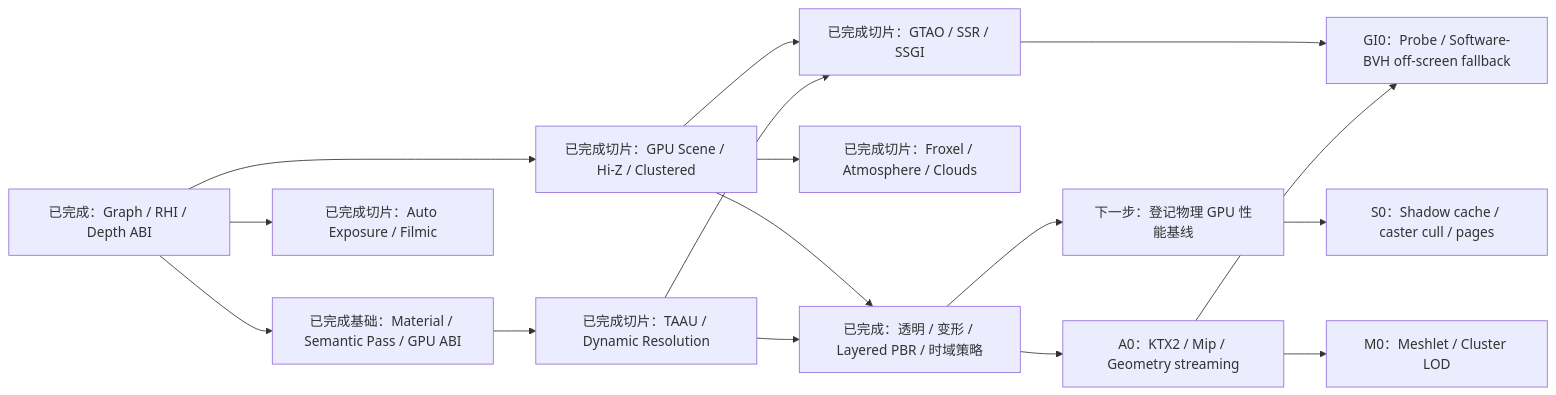
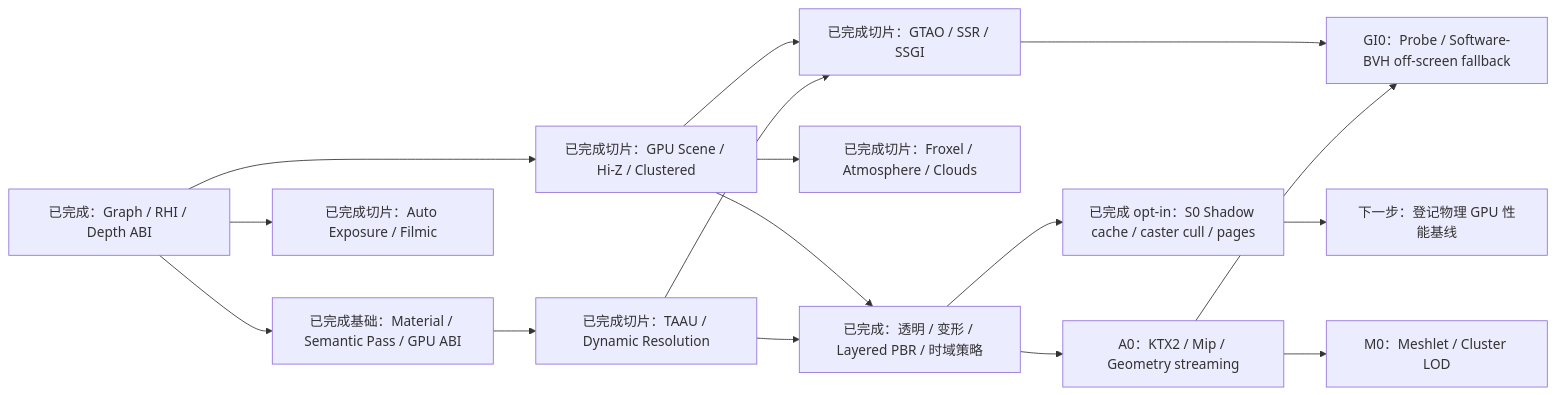
One commit to hiloteam/Hilo3d changed the first of 3 diagrams in documentation/MODERN_WEBGPU_RENDERING_ROADMAP.md. Above: the diagram before and after it, drawn with Mermaid. The commit also changed other lines of this file and 7 other files, not shown here.

Commit message:
feat(render): add GPU virtual shadow maps

````diff
--- a/documentation/MODERN_WEBGPU_RENDERING_ROADMAP.md
+++ b/documentation/MODERN_WEBGPU_RENDERING_ROADMAP.md
@@ -44,18 +45,18 @@
 ```mermaid
 flowchart LR
   F["已完成：Graph / RHI / Depth ABI"] --> G["已完成切片：GPU Scene / Hi-Z / Clustered"]
   F --> MAT["已完成基础：Material / Semantic Pass / GPU ABI"]
   MAT --> T["已完成切片：TAAU / Dynamic Resolution"]
   G --> Q["已完成切片：GTAO / SSR / SSGI"]
   T --> Q
   F --> E["已完成切片：Auto Exposure / Filmic"]
   G --> V["已完成切片：Froxel / Atmosphere / Clouds"]
   G --> P0["已完成：透明 / 变形 / Layered PBR / 时域策略"]
   T --> P0
-  P0 --> PERF["下一步：登记物理 GPU 性能基线"]
-  PERF --> S["S0：Shadow cache / caster cull / pages"]
+  P0 --> S["已完成 opt-in：S0 Shadow cache / caster cull / pages"]
+  S --> PERF["下一步：登记物理 GPU 性能基线"]
   P0 --> A["A0：KTX2 / Mip / Geometry streaming"]
   A --> M["M0：Meshlet / Cluster LOD"]
   Q --> GI["GI0：Probe / Software-BVH off-screen fallback"]
   A --> GI
 ```
````
